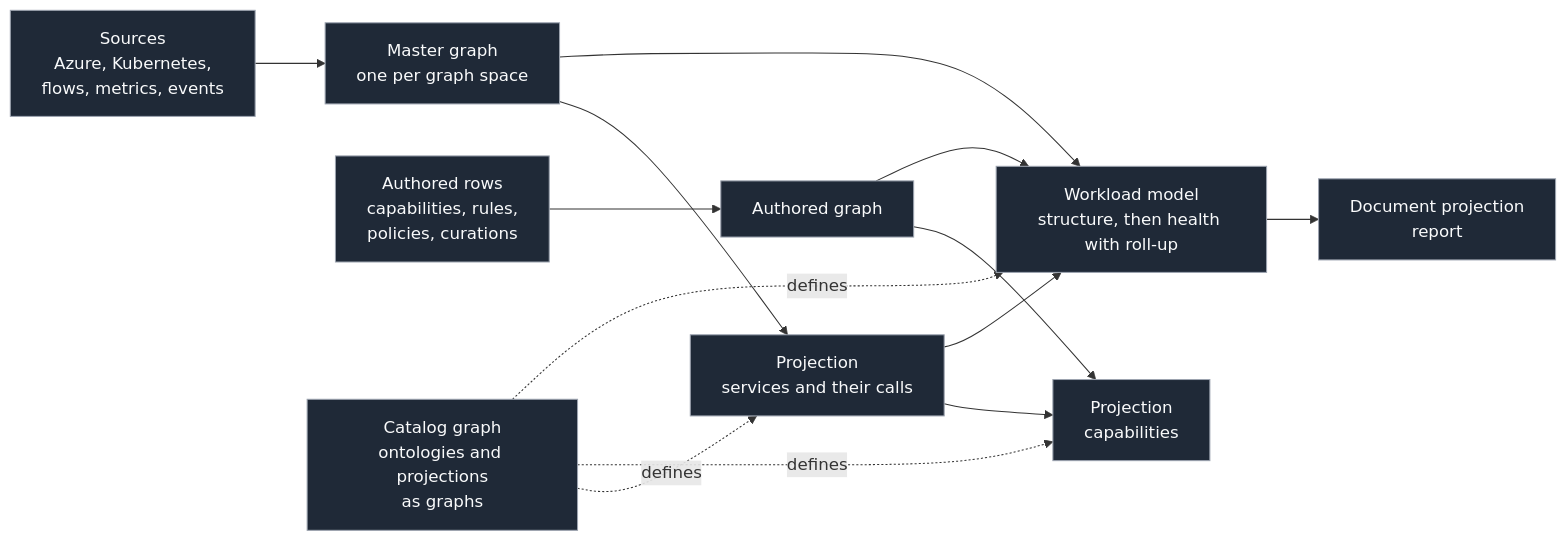
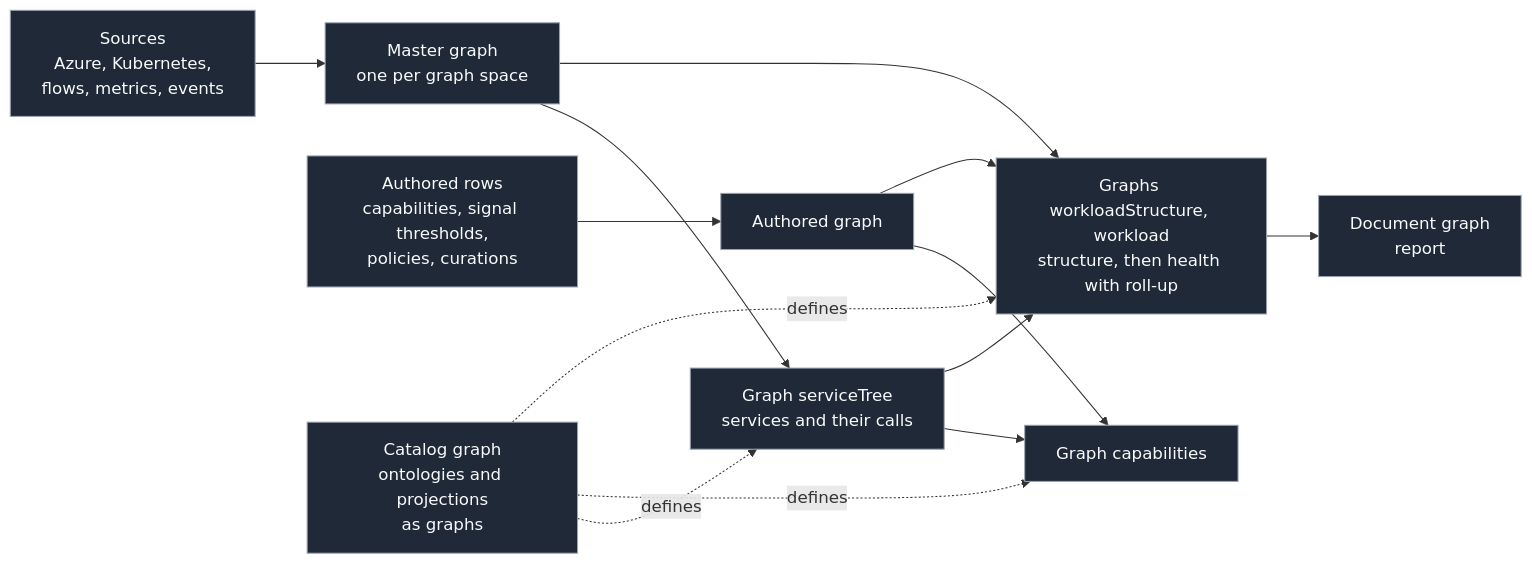
One commit to abossard/sattle changed the diagram in README.md. Above: the diagram before and after it, drawn with Mermaid. The commit also changed other lines of this file and 17 other files, not shown here.

````diff
--- a/README.md
+++ b/README.md
@@ -96,17 +113,17 @@
 ```mermaid
 flowchart LR
   S["Sources<br/>Azure, Kubernetes,<br/>flows, metrics, events"] --> M["Master graph<br/>one per graph space"]
-  W["Authored rows<br/>capabilities, rules,<br/>policies, curations"] --> A["Authored graph"]
-  M --> P1["Projection<br/>services and their calls"]
-  P1 --> P2["Projection<br/>capabilities"]
+  W["Authored rows<br/>capabilities, signal thresholds,<br/>policies, curations"] --> A["Authored graph"]
+  M --> P1["Graph serviceTree<br/>services and their calls"]
+  P1 --> P2["Graph capabilities"]
   A --> P2
   A --> H
-  M --> H["Workload model<br/>structure, then health with roll-up"]
+  M --> H["Graphs workloadStructure, workload<br/>structure, then health with roll-up"]
   P1 --> H
-  H --> D["Document projection<br/>report"]
+  H --> D["Document graph<br/>report"]
   C["Catalog graph<br/>ontologies and projections<br/>as graphs"] -.defines.-> P1
   C -.defines.-> P2
   C -.defines.-> H
   classDef box fill:#1f2937,stroke:#9ca3af,color:#f9fafb;
   class S,W,M,A,P1,P2,H,D,C box;
 ```
````
